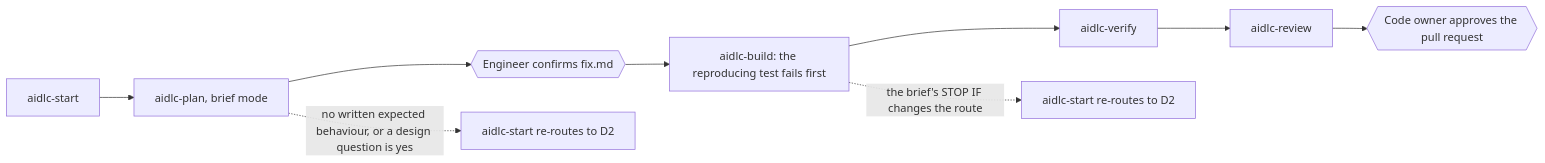
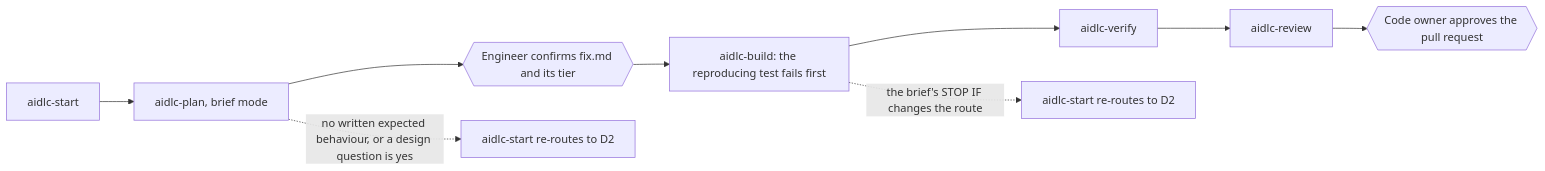
One commit to prashantsharma18/aidlc changed the sixth of 12 diagrams in docs/operating-model/routes.md. Above: the diagram before and after it, drawn with Mermaid. The commit also changed other lines of this file and 8 other files, not shown here.

````diff
--- a/docs/operating-model/routes.md
+++ b/docs/operating-model/routes.md
@@ -142,11 +147,11 @@
 ```mermaid
 flowchart LR
     start["aidlc-start"] --> plan["aidlc-plan, brief mode"]
-    plan --> confirm{{"Engineer confirms fix.md"}}
+    plan --> confirm{{"Engineer confirms fix.md and its tier"}}
     confirm --> build["aidlc-build: the reproducing test fails first"]
     build --> verify["aidlc-verify"]
     verify --> review["aidlc-review"]
     review --> merge{{"Code owner approves the pull request"}}
     plan -.->|"no written expected behaviour, or a design question is yes"| reroute["aidlc-start re-routes to D2"]
     build -.->|"the brief's STOP IF changes the route"| rebuild["aidlc-start re-routes to D2"]
 ```
````
